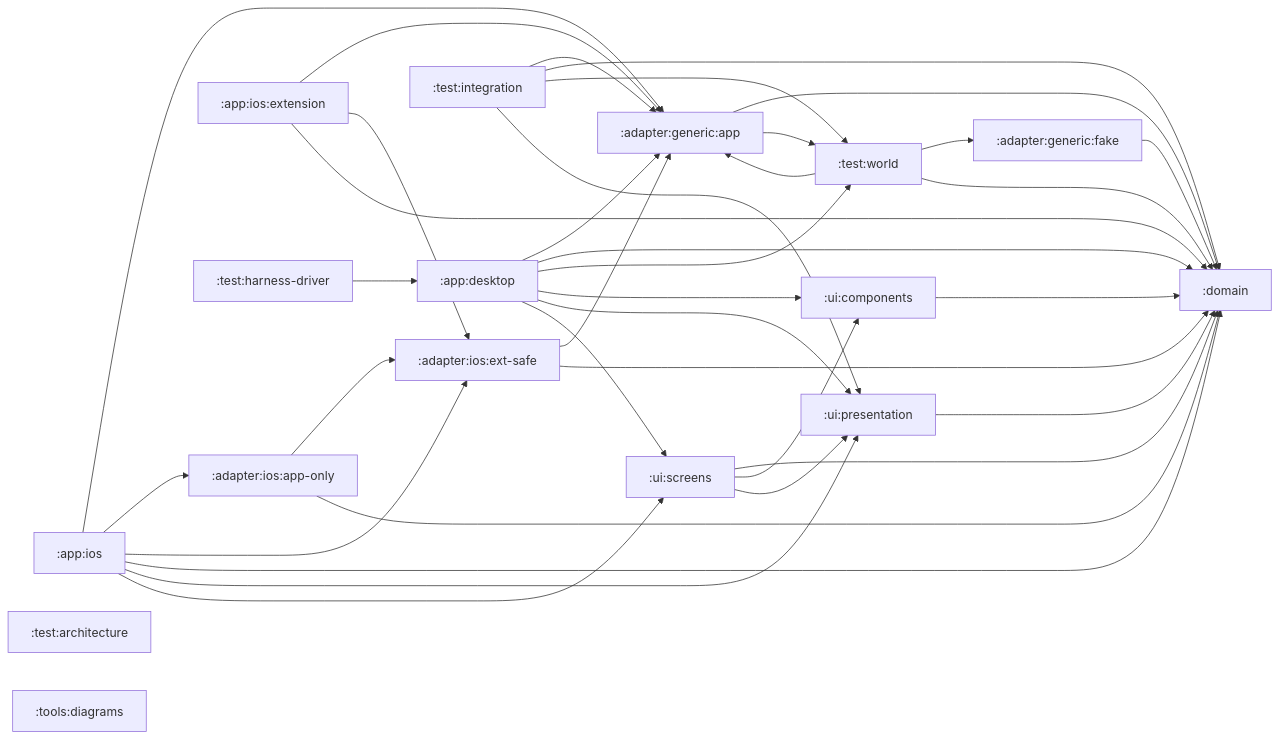
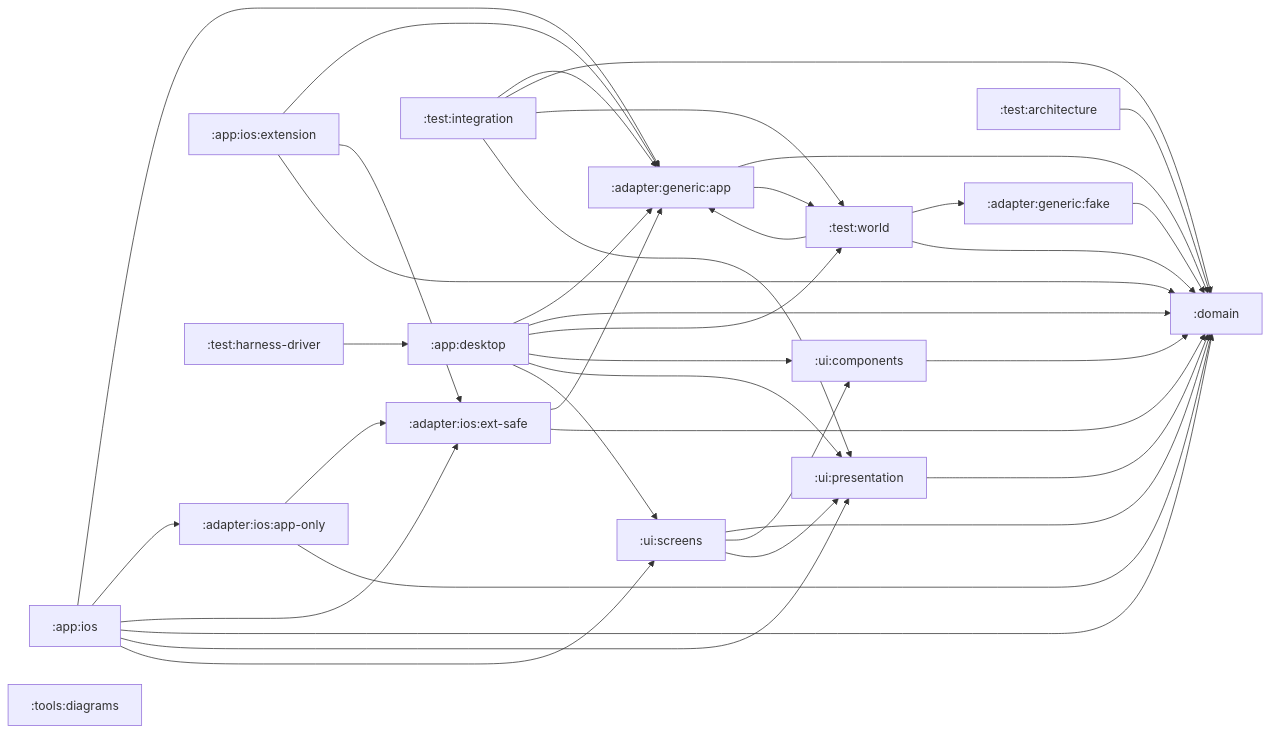
The diagram in architecture/modules.md (stefanhoelzl/SnapSync), drawn with Mermaid before and after one commit. The commit also changed 9 other files, not shown here.

````diff
--- a/architecture/modules.md
+++ b/architecture/modules.md
@@ -7,54 +7,55 @@
 ```mermaid
 flowchart LR
   adapter_generic_app[":adapter:generic:app"]
   adapter_generic_fake[":adapter:generic:fake"]
   adapter_ios_app_only[":adapter:ios:app-only"]
   adapter_ios_ext_safe[":adapter:ios:ext-safe"]
   app_desktop[":app:desktop"]
   app_ios[":app:ios"]
   app_ios_extension[":app:ios:extension"]
   domain[":domain"]
   test_architecture[":test:architecture"]
   test_harness_driver[":test:harness-driver"]
   test_integration[":test:integration"]
   test_world[":test:world"]
   tools_diagrams[":tools:diagrams"]
   ui_components[":ui:components"]
   ui_presentation[":ui:presentation"]
   ui_screens[":ui:screens"]
   adapter_generic_app --> domain
   adapter_generic_app --> test_world
   adapter_generic_fake --> domain
   adapter_ios_app_only --> adapter_ios_ext_safe
   adapter_ios_app_only --> domain
   adapter_ios_ext_safe --> adapter_generic_app
   adapter_ios_ext_safe --> domain
   app_desktop --> adapter_generic_app
   app_desktop --> domain
   app_desktop --> test_world
   app_desktop --> ui_components
   app_desktop --> ui_presentation
   app_desktop --> ui_screens
   app_ios --> adapter_generic_app
   app_ios --> adapter_ios_app_only
   app_ios --> adapter_ios_ext_safe
   app_ios --> domain
   app_ios --> ui_presentation
   app_ios --> ui_screens
   app_ios_extension --> adapter_generic_app
   app_ios_extension --> adapter_ios_ext_safe
   app_ios_extension --> domain
+  test_architecture --> domain
   test_harness_driver --> app_desktop
   test_integration --> adapter_generic_app
   test_integration --> domain
   test_integration --> test_world
   test_integration --> ui_presentation
   test_world --> adapter_generic_app
   test_world --> adapter_generic_fake
   test_world --> domain
   ui_components --> domain
   ui_presentation --> domain
   ui_screens --> domain
   ui_screens --> ui_components
   ui_screens --> ui_presentation
 ```
````
